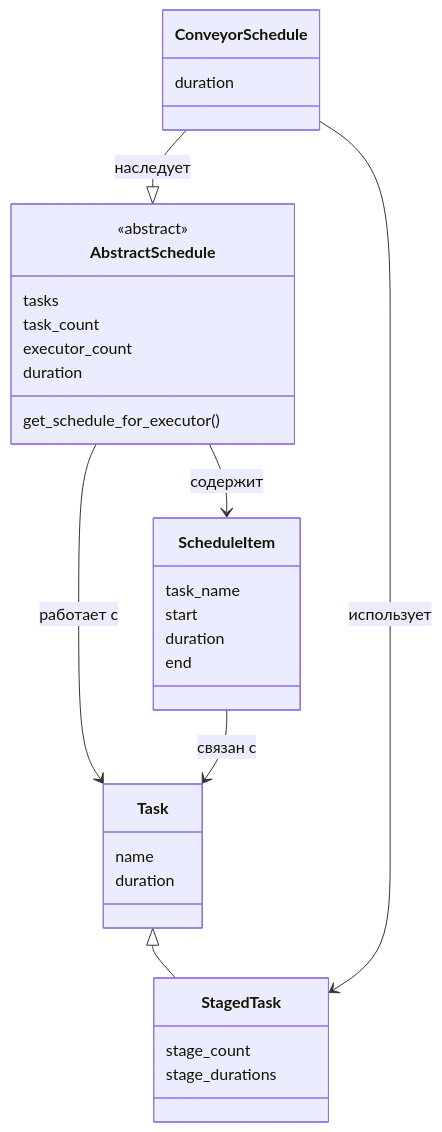
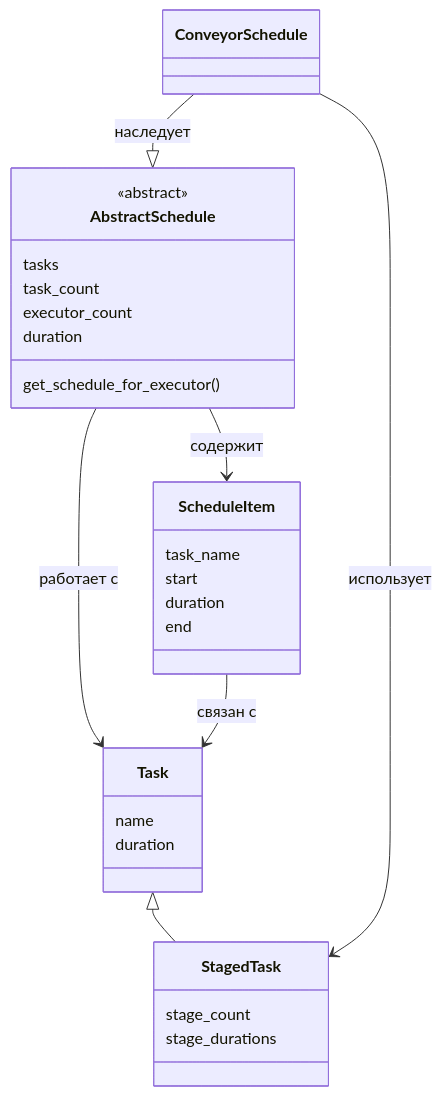
One commit to metropolitStepan/code-tasks changed the diagram in schedules/devnull_task_2.md. Above: the diagram before and after it, drawn with Mermaid.

Commit message:
Refactor ConveyorSchedule class definition

````diff
--- a/schedules/devnull_task_2.md
+++ b/schedules/devnull_task_2.md
@@ -1,41 +1,39 @@
 ```mermaid
 classDiagram
 
 class Task {
   name
   duration
 }
 
 class StagedTask {
   stage_count
   stage_durations
 }
 
 Task <|-- StagedTask
 
 class ScheduleItem {
   task_name
   start
   duration
   end
 }
 
 class AbstractSchedule {
   <<abstract>>
   tasks
   task_count
   executor_count
   duration
   get_schedule_for_executor()
 }
 
-class ConveyorSchedule {
-  duration
-}
+class ConveyorSchedule
 
 AbstractSchedule --> Task : работает с
 AbstractSchedule --> ScheduleItem : содержит
 ConveyorSchedule --|> AbstractSchedule : наследует
 ConveyorSchedule --> StagedTask : использует
 ScheduleItem --> Task : связан с
 ```
````
